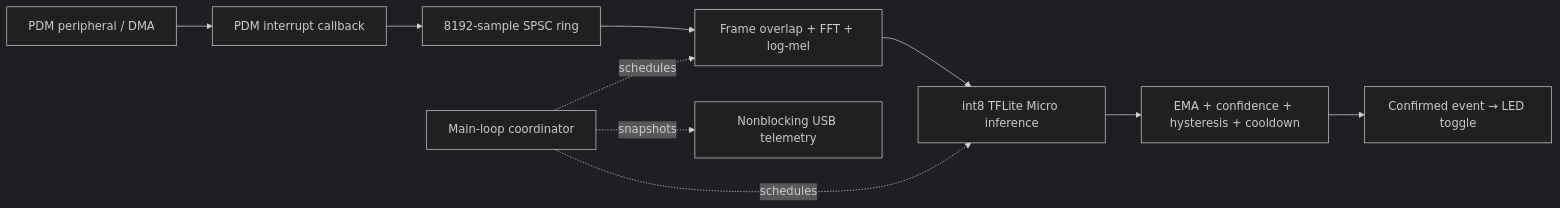
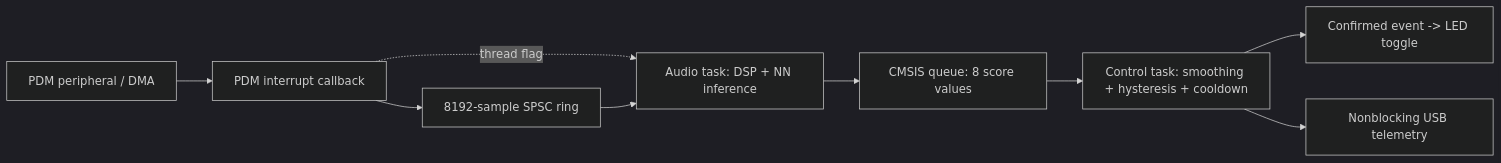
Before and after one commit to NetKit-Labs/kwskit: the diagram in README.md, drawn with Mermaid (dark theme). The commit also changed other lines of this file and 29 other files, not shown here.

Commit message:
Add RTOS audio and control tasks with bounded score events

````diff
--- a/README.md
+++ b/README.md
@@ -84,12 +88,11 @@
 ```mermaid
 flowchart LR
     PDM["PDM peripheral / DMA"] --> ISR["PDM interrupt callback"]
-    ISR --> Q["8192-sample SPSC ring"]
-    Q --> DSP["Frame overlap + FFT + log-mel"]
-    DSP --> NN["int8 TFLite Micro inference"]
-    NN --> FILTER["EMA + confidence + hysteresis + cooldown"]
-    FILTER --> LED["Confirmed event → LED toggle"]
-    PIPE["Main-loop coordinator"] -. schedules .-> DSP
-    PIPE -. schedules .-> NN
-    PIPE -. snapshots .-> USB["Nonblocking USB telemetry"]
+    ISR --> RING["8192-sample SPSC ring"]
+    ISR -. thread flag .-> AUDIO["Audio task: DSP + NN inference"]
+    RING --> AUDIO
+    AUDIO --> QUEUE["CMSIS queue: 8 score values"]
+    QUEUE --> CONTROL["Control task: smoothing + hysteresis + cooldown"]
+    CONTROL --> LED["Confirmed event -> LED toggle"]
+    CONTROL --> USB["Nonblocking USB telemetry"]
 ```
````
